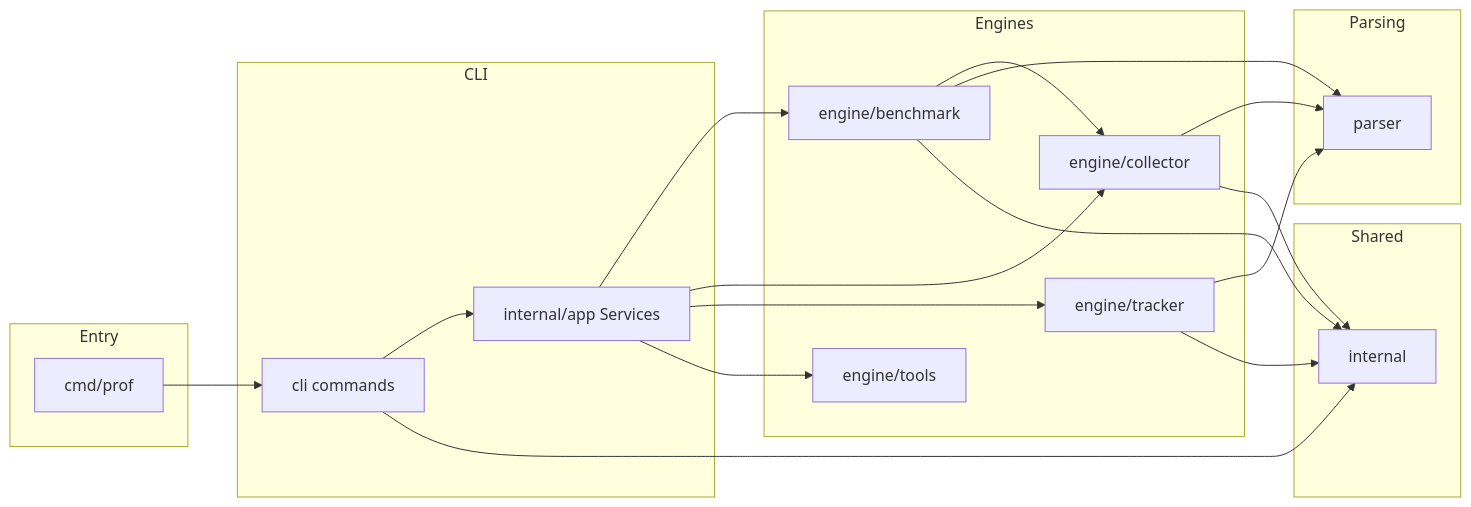
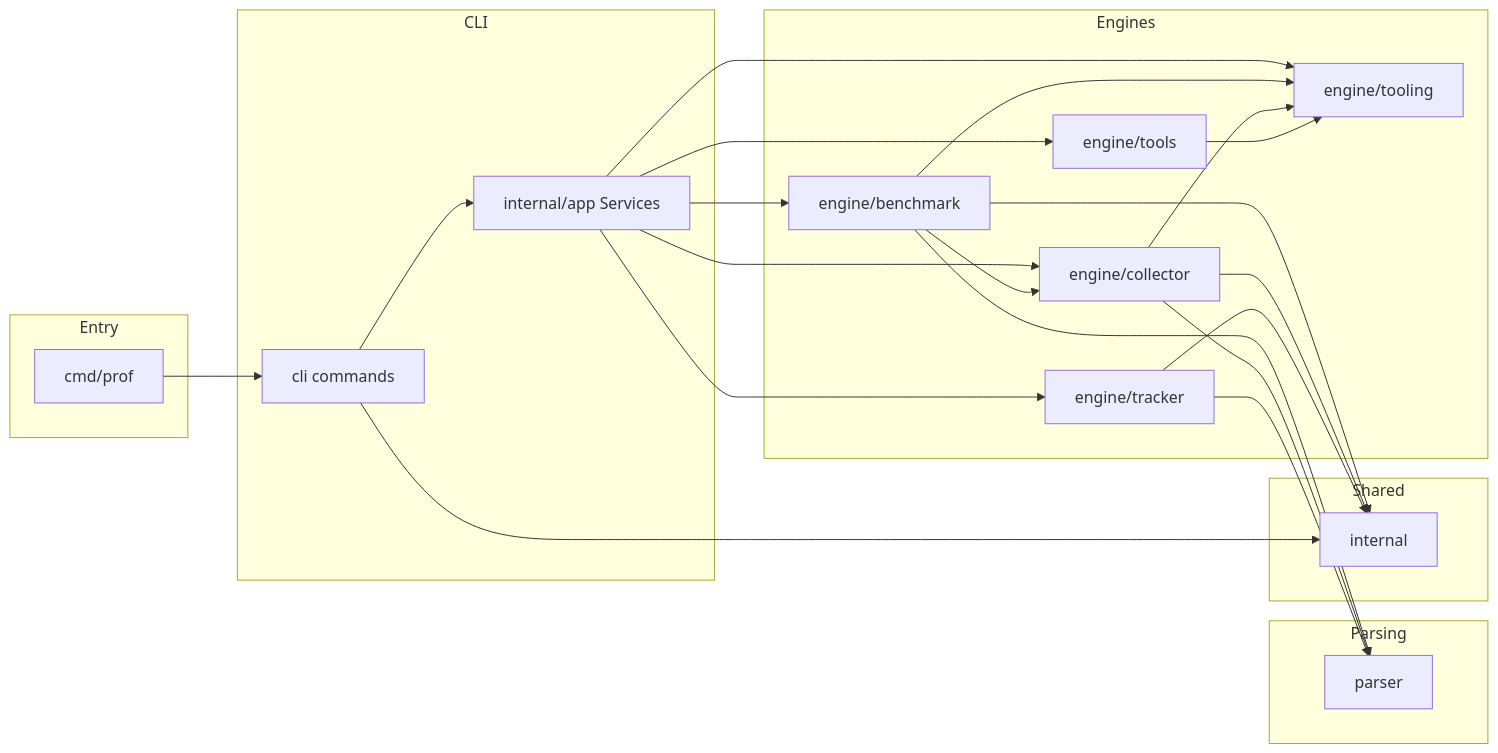
The diagram in CODEBASE_DESIGN.md (AlexsanderHamir/prof), drawn with Mermaid before and after one commit. The commit also changed other lines of this file and 2 other files, not shown here.

First line of the commit message:
docs: describe engine/tooling and profile catalog extension

````diff
--- a/CODEBASE_DESIGN.md
+++ b/CODEBASE_DESIGN.md
@@ -13,36 +13,41 @@
 ```mermaid
 flowchart LR
   subgraph entry [Entry]
     cmd[cmd/prof]
   end
   subgraph cli [CLI]
     cobra[cli commands]
     app[internal/app Services]
   end
   subgraph engines [Engines]
     bench[engine/benchmark]
     coll[engine/collector]
     track[engine/tracker]
     tools[engine/tools]
+    ttool[engine/tooling]
   end
   subgraph parsing [Parsing]
     parser[parser]
   end
   subgraph shared [Shared]
     internalPkg[internal]
   end
   cmd --> cobra
   cobra --> app
   app --> bench
   app --> coll
   app --> track
   app --> tools
+  app --> ttool
+  bench --> ttool
+  coll --> ttool
+  tools --> ttool
   bench --> coll
   bench --> parser
   coll --> parser
   track --> parser
   bench --> internalPkg
   coll --> internalPkg
   track --> internalPkg
   cobra --> internalPkg
 ```
````
